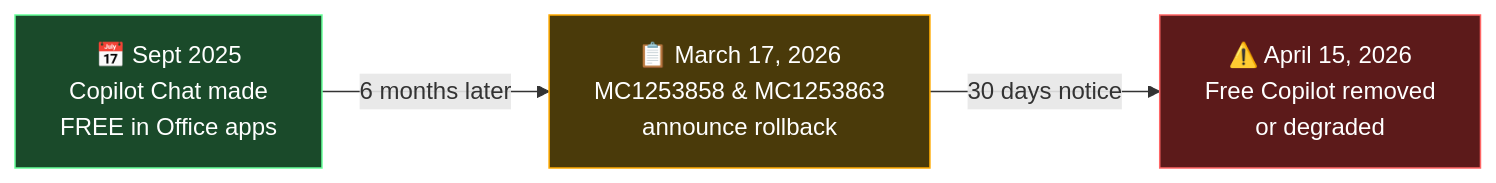
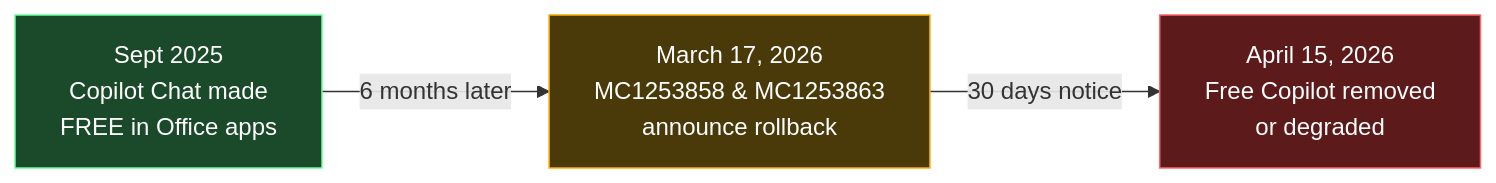
Before and after one commit to susanthgit/aguidetocloud-revamp: the first of 4 diagrams in content/blog/microsoft-365-copilot-chat-april-2026-changes-what-admins-need-to-know.md, drawn with Mermaid. The commit also changed other lines of this file, not shown here.

First line of the commit message:
Rewrite April 2026 changes blog in authentic voice

````diff
--- a/content/blog/microsoft-365-copilot-chat-april-2026-changes-what-admins-need-to-know.md
+++ b/content/blog/microsoft-365-copilot-chat-april-2026-changes-what-admins-need-to-know.md
@@ -57,8 +63,8 @@
 ```mermaid
 flowchart LR
-    A["📅 Sept 2025\nCopilot Chat made\nFREE in Office apps"] -->|"6 months later"| B["📋 March 17, 2026\nMC1253858 & MC1253863\nannounce rollback"]
-    B -->|"30 days notice"| C["⚠️ April 15, 2026\nFree Copilot removed\nor degraded"]
+    A["Sept 2025\nCopilot Chat made\nFREE in Office apps"] -->|"6 months later"| B["March 17, 2026\nMC1253858 & MC1253863\nannounce rollback"]
+    B -->|"30 days notice"| C["April 15, 2026\nFree Copilot removed\nor degraded"]
     style A fill:#1a4a2a,stroke:#66ff99,color:#ffffff
     style B fill:#4a3a0a,stroke:#ffaa00,color:#ffffff
     style C fill:#5c1a1a,stroke:#ff6666,color:#ffffff
 ```
````
